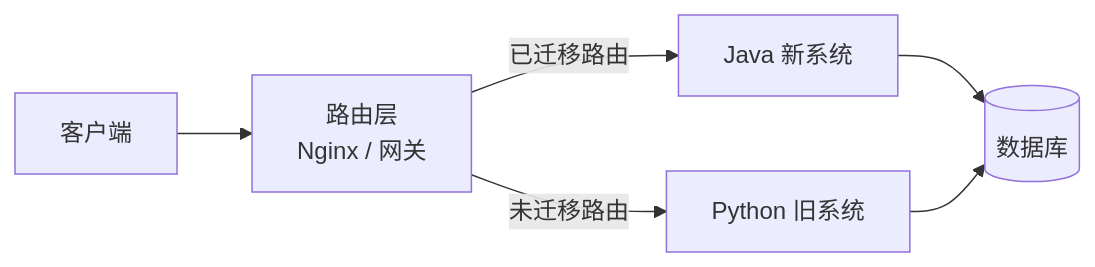
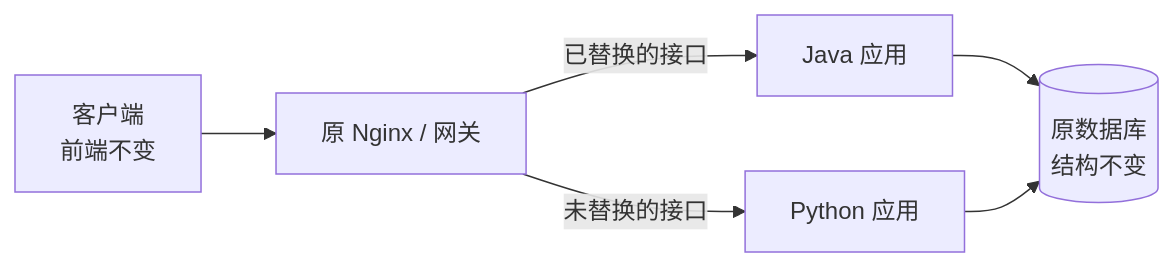
Before and after one commit to Createsnow/sn-center: the first of 2 diagrams in docs/development/Python项目迁移Java企业级通用指南.md, drawn with Mermaid. The commit also changed other lines of this file, not shown here.

````diff
--- a/docs/development/Python项目迁移Java企业级通用指南.md
+++ b/docs/development/Python项目迁移Java企业级通用指南.md
@@ -192,8 +75,8 @@
 ```mermaid
 flowchart LR
-    C[客户端] --> P[路由层<br/>Nginx / 网关]
-    P -->|已迁移路由| J[Java 新系统]
-    P -->|未迁移路由| Y[Python 旧系统]
-    J --> DB[(数据库)]
-    Y --> DB
+    C[客户端<br/>前端不变] --> N[原 Nginx / 网关]
+    N -->|已替换的接口| J[Java 应用]
+    N -->|未替换的接口| P[Python 应用]
+    J --> DB[(原数据库<br/>结构不变)]
+    P --> DB
 ```
````
